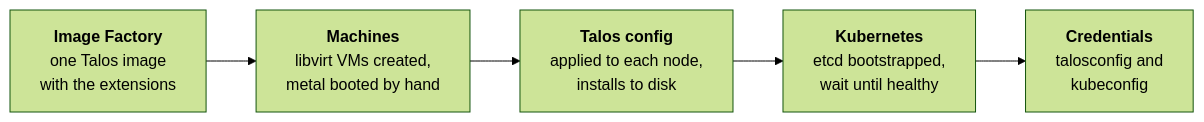
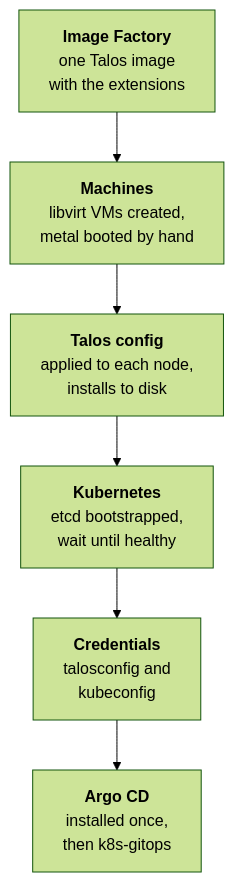
Before and after one commit to edy-rus/k8s-infra: the diagram in README.md, drawn with Mermaid (forest theme). The commit also changed other lines of this file and 10 other files, not shown here.

````diff
--- a/README.md
+++ b/README.md
@@ -9,10 +9,11 @@
 ```mermaid
-flowchart LR
+flowchart TB
     factory["<b>Image Factory</b><br/>one Talos image<br/>with the extensions"]
     vms["<b>Machines</b><br/>libvirt VMs created,<br/>metal booted by hand"]
     talos["<b>Talos config</b><br/>applied to each node,<br/>installs to disk"]
     k8s["<b>Kubernetes</b><br/>etcd bootstrapped,<br/>wait until healthy"]
     out["<b>Credentials</b><br/>talosconfig and<br/>kubeconfig"]
+    argo["<b>Argo CD</b><br/>installed once,<br/>then k8s-gitops"]
 
-    factory --> vms --> talos --> k8s --> out
+    factory --> vms --> talos --> k8s --> out --> argo
 ```
````
